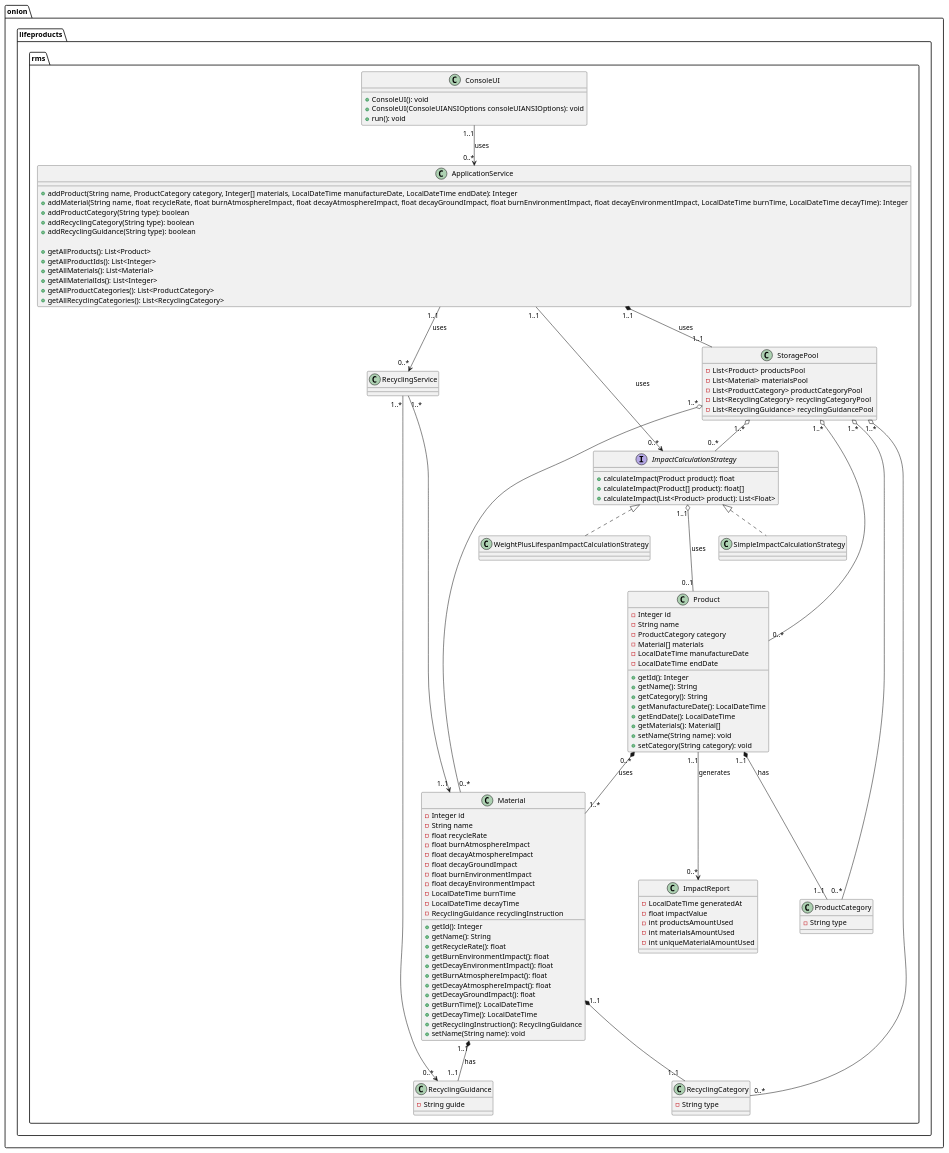
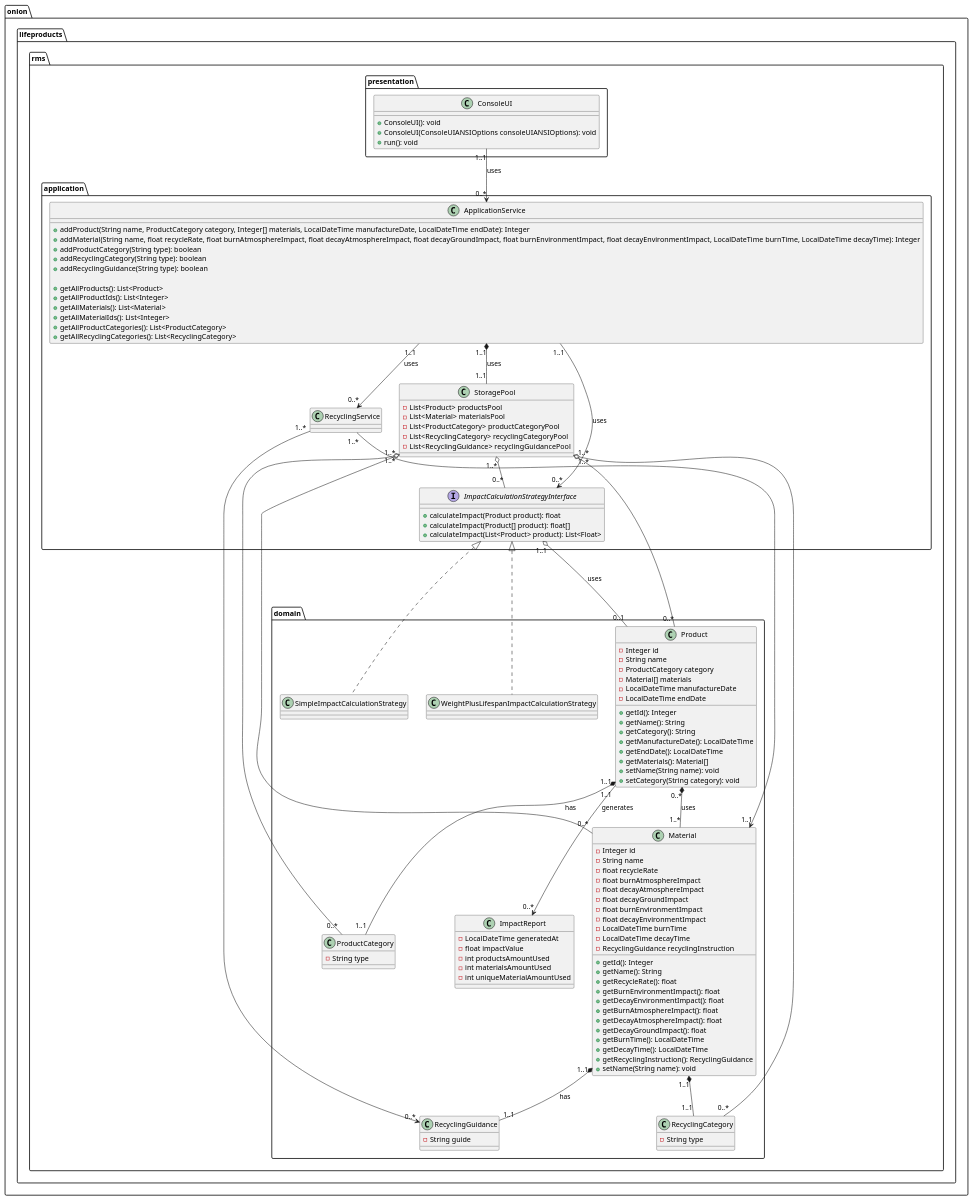
Before and after one commit to arrow-function-hkr/ood-project: the diagram in docs/UML.puml, drawn with PlantUML. The commit also changed 2 other files, not shown here.

Commit message:
feat: application layers structure + presentation layer
Initial project layered structure.
Changed UML to reflect changes in the design.

```diff
--- a/docs/UML.puml
+++ b/docs/UML.puml
@@ -1,148 +1,156 @@
 @startuml
 
 ' RMS stands for Recycling Management System
 package onion.lifeproducts.rms {
 
-	class Product {
-		- Integer id
-		- String name
-		- ProductCategory category
-		- Material[] materials
-		- LocalDateTime manufactureDate
-		- LocalDateTime endDate
-		
-		+ getId(): Integer
-		+ getName(): String
-		+ getCategory(): String
-		+ getManufactureDate(): LocalDateTime
-		+ getEndDate(): LocalDateTime
-		+ getMaterials(): Material[]
-		+ setName(String name): void
-		+ setCategory(String category): void
-	}
+	package onion.lifeproducts.rms.presentation {
 
-	class Material {
-		- Integer id
-		- String name
-		- float recycleRate
-		- float burnAtmosphereImpact
-		- float decayAtmosphereImpact
-		- float decayGroundImpact
-		- float burnEnvironmentImpact
-		- float decayEnvironmentImpact
-		- LocalDateTime burnTime
-		- LocalDateTime decayTime
-		- RecyclingGuidance recyclingInstruction
-
-		+ getId(): Integer
-		+ getName(): String
-		+ getRecycleRate(): float
-		+ getBurnEnvironmentImpact(): float
-		+ getDecayEnvironmentImpact(): float
-		+ getBurnAtmosphereImpact(): float
-		+ getDecayAtmosphereImpact(): float
-		+ getDecayGroundImpact(): float
-		+ getBurnTime(): LocalDateTime
-		+ getDecayTime(): LocalDateTime
-		+ getRecyclingInstruction(): RecyclingGuidance
-		+ setName(String name): void
-	}
-
-	class ProductCategory {
-		- String type
-	}
-
-	class RecyclingGuidance {
-		- String guide
-	}
-
-	class RecyclingService {
+		class ConsoleUI {
+			+ ConsoleUI(): void
+			+ ConsoleUI(ConsoleUIANSIOptions consoleUIANSIOptions): void
+			+ run(): void
+		}
 
 	}
 
+	package onion.lifeproducts.rms.application {
 
-	class RecyclingCategory {
-		- String type
+		class ApplicationService {
+			+ addProduct(String name, ProductCategory category, Integer[] materials, LocalDateTime manufactureDate, LocalDateTime endDate): Integer
+			+ addMaterial(String name, float recycleRate, float burnAtmosphereImpact, float decayAtmosphereImpact, float decayGroundImpact, float burnEnvironmentImpact, float decayEnvironmentImpact, LocalDateTime burnTime, LocalDateTime decayTime): Integer
+			+ addProductCategory(String type): boolean
+			+ addRecyclingCategory(String type): boolean
+			+ addRecyclingGuidance(String type): boolean
 
+			+ getAllProducts(): List<Product>
+			+ getAllProductIds(): List<Integer>
+			+ getAllMaterials(): List<Material>
+			+ getAllMaterialIds(): List<Integer>
+			+ getAllProductCategories(): List<ProductCategory>
+			+ getAllRecyclingCategories(): List<RecyclingCategory>
+		}
+
+		class StoragePool {
+			- List<Product> productsPool
+			- List<Material> materialsPool
+			- List<ProductCategory> productCategoryPool
+			- List<RecyclingCategory> recyclingCategoryPool
+			- List<RecyclingGuidance> recyclingGuidancePool
+		}
+
+		interface ImpactCalculationStrategyInterface {
+			+ calculateImpact(Product product): float
+			+ calculateImpact(Product[] product): float[]
+			+ calculateImpact(List<Product> product): List<Float>
+		}
+
+		class RecyclingService {
+
+		}
 	}
 
-	class ImpactReport {
-		- LocalDateTime generatedAt
-		- float impactValue
-		- int productsAmountUsed
-		- int materialsAmountUsed
-		- int uniqueMaterialAmountUsed
+	package onion.lifeproducts.rms.domain {
+
+		class Product {
+			- Integer id
+			- String name
+			- ProductCategory category
+			- Material[] materials
+			- LocalDateTime manufactureDate
+			- LocalDateTime endDate
+
+			+ getId(): Integer
+			+ getName(): String
+			+ getCategory(): String
+			+ getManufactureDate(): LocalDateTime
+			+ getEndDate(): LocalDateTime
+			+ getMaterials(): Material[]
+			+ setName(String name): void
+			+ setCategory(String category): void
+		}
+
+		class Material {
+			- Integer id
+			- String name
+			- float recycleRate
+			- float burnAtmosphereImpact
+			- float decayAtmosphereImpact
+			- float decayGroundImpact
+			- float burnEnvironmentImpact
+			- float decayEnvironmentImpact
+			- LocalDateTime burnTime
+			- LocalDateTime decayTime
+			- RecyclingGuidance recyclingInstruction
+
+			+ getId(): Integer
+			+ getName(): String
+			+ getRecycleRate(): float
+			+ getBurnEnvironmentImpact(): float
+			+ getDecayEnvironmentImpact(): float
+			+ getBurnAtmosphereImpact(): float
+			+ getDecayAtmosphereImpact(): float
+			+ getDecayGroundImpact(): float
+			+ getBurnTime(): LocalDateTime
+			+ getDecayTime(): LocalDateTime
+			+ getRecyclingInstruction(): RecyclingGuidance
+			+ setName(String name): void
+		}
+
+		class ProductCategory {
+			- String type
+		}
+
+		class RecyclingGuidance {
+			- String guide
+		}
+
+		class RecyclingCategory {
+			- String type
+
+		}
+
+		class ImpactReport {
+			- LocalDateTime generatedAt
+			- float impactValue
+			- int productsAmountUsed
+			- int materialsAmountUsed
+			- int uniqueMaterialAmountUsed
+		}
+
+		class SimpleImpactCalculationStrategy implements onion.lifeproducts.rms.application.ImpactCalculationStrategyInterface {
+
+		}
+
+		class WeightPlusLifespanImpactCalculationStrategy implements onion.lifeproducts.rms.application.ImpactCalculationStrategyInterface {
+
+		}
 	}
-
-	class ConsoleUI {
-		+ ConsoleUI(): void
-		+ ConsoleUI(ConsoleUIANSIOptions consoleUIANSIOptions): void
-		+ run(): void
-	}
-
-	class ApplicationService {
-		+ addProduct(String name, ProductCategory category, Integer[] materials, LocalDateTime manufactureDate, LocalDateTime endDate): Integer
-		+ addMaterial(String name, float recycleRate, float burnAtmosphereImpact, float decayAtmosphereImpact, float decayGroundImpact, float burnEnvironmentImpact, float decayEnvironmentImpact, LocalDateTime burnTime, LocalDateTime decayTime): Integer
-		+ addProductCategory(String type): boolean
-		+ addRecyclingCategory(String type): boolean
-		+ addRecyclingGuidance(String type): boolean
-
-		+ getAllProducts(): List<Product>
-		+ getAllProductIds(): List<Integer>
-		+ getAllMaterials(): List<Material>
-		+ getAllMaterialIds(): List<Integer>
-		+ getAllProductCategories(): List<ProductCategory>
-		+ getAllRecyclingCategories(): List<RecyclingCategory>
-	}
-
-	class StoragePool {
-		- List<Product> productsPool
-		- List<Material> materialsPool
-		- List<ProductCategory> productCategoryPool
-		- List<RecyclingCategory> recyclingCategoryPool
-		- List<RecyclingGuidance> recyclingGuidancePool
-	}
-
-	interface ImpactCalculationStrategy {
-		+ calculateImpact(Product product): float
-		+ calculateImpact(Product[] product): float[]
-		+ calculateImpact(List<Product> product): List<Float>
-	}
-
-	class SimpleImpactCalculationStrategy implements ImpactCalculationStrategy {
-
-	}
-
-	class WeightPlusLifespanImpactCalculationStrategy implements ImpactCalculationStrategy {
-
-	}
-
 
 }
 
 Product "0..*" *-- "1..*" Material : uses
 Product "1..1" *-- "1..1" ProductCategory : has
 Product "1..1" --> "0..*" ImpactReport : generates
 
 Material "1..1" *-- "1..1" RecyclingGuidance : has
 Material "1..1" *-- "1..1" RecyclingCategory
 
-ImpactCalculationStrategy "1..1" o--- "0..1"  Product: uses
+ImpactCalculationStrategyInterface "1..1" o--- "0..1"  Product: uses
 
 RecyclingService "1..*" -> "0..*" RecyclingGuidance
 RecyclingService "1..*" --> "1..1" Material
 
 StoragePool "1..*" o--  "0..*" Product
 StoragePool "1..*" o-- "0..*" ProductCategory
 StoragePool "1..*" o-- "0..*" Material
 StoragePool "1..*" o--  "0..*" RecyclingCategory
-StoragePool "1..*" o-- "0..*" ImpactCalculationStrategy
+StoragePool "1..*" o-- "0..*" ImpactCalculationStrategyInterface
 
 ConsoleUI "1..1" --> "0..*" ApplicationService : uses
 
 ApplicationService "1..1" *-- "1..1" StoragePool : uses
-ApplicationService "1..1" --> "0..*" ImpactCalculationStrategy : uses
+ApplicationService "1..1" --> "0..*" ImpactCalculationStrategyInterface : uses
 ApplicationService "1..1" --> "0..*" RecyclingService : uses
 
 
 @enduml
```
